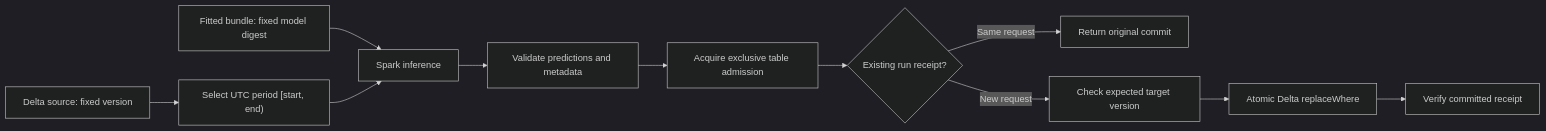
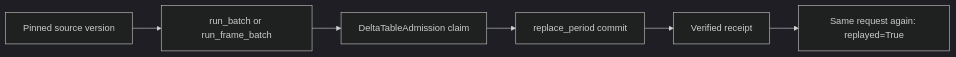
One commit to flyingriverhorse/Skyulf changed the diagram in docs/user_guide/databricks_batch.md. Above: the diagram before and after it, drawn with Mermaid (dark theme). The commit also changed other lines of this file and 67 other files, not shown here.

````diff
--- a/docs/user_guide/databricks_batch.md
+++ b/docs/user_guide/databricks_batch.md
@@ -28,13 +8,8 @@
 ```mermaid
 flowchart LR
-    A["Delta source: fixed version"] --> B["Select UTC period [start, end)"]
-    C["Fitted bundle: fixed model digest"] --> D["Spark inference"]
-    B --> D
-    D --> E["Validate predictions and metadata"]
-    E --> F["Acquire exclusive table admission"]
-    F --> G{"Existing run receipt?"}
-    G -->|"Same request"| H["Return original commit"]
-    G -->|"New request"| I["Check expected target version"]
-    I --> J["Atomic Delta replaceWhere"]
-    J --> K["Verify committed receipt"]
+    A["Pinned source version"] --> B["run_batch or run_frame_batch"]
+    B --> C["DeltaTableAdmission claim"]
+    C --> D["replace_period commit"]
+    D --> E["Verified receipt"]
+    E --> F["Same request again: replayed=True"]
 ```
````
